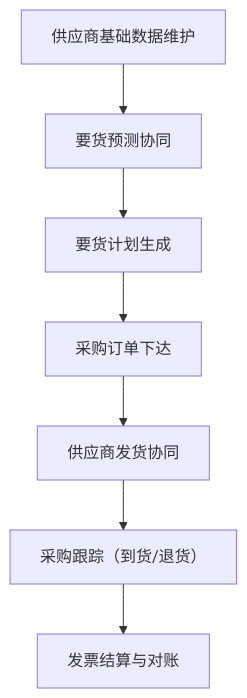
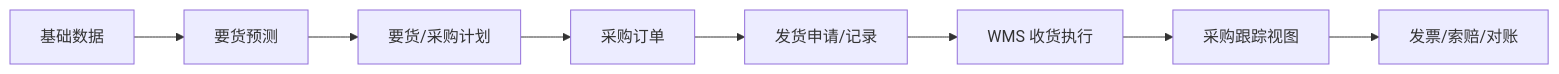
The diagram in docs/10-SCP-供应链平台/index.md (jiargcn/MomProductDocument), drawn with Mermaid before and after one commit. The commit also changed other lines of this file and 27 other files, not shown here.

````diff
--- a/docs/10-SCP-供应链平台/index.md
+++ b/docs/10-SCP-供应链平台/index.md
@@ -59,9 +37,10 @@
 ```mermaid
-flowchart TD
-    A["供应商基础数据维护"] --> B["要货预测协同"]
-    B --> C["要货计划生成"]
-    C --> D["采购订单下达"]
-    D --> E["供应商发货协同"]
-    E --> F["采购跟踪（到货/退货）"]
-    F --> G["发票结算与对账"]
+flowchart LR
+    BASE["基础数据"] --> FC["要货预测"]
+    FC --> PLAN["要货/采购计划"]
+    PLAN --> PO["采购订单"]
+    PO --> ASN["发货申请/记录"]
+    ASN --> WMS["WMS 收货执行"]
+    WMS --> TRK["采购跟踪视图"]
+    TRK --> INV["发票/索赔/对账"]
 ```
````
